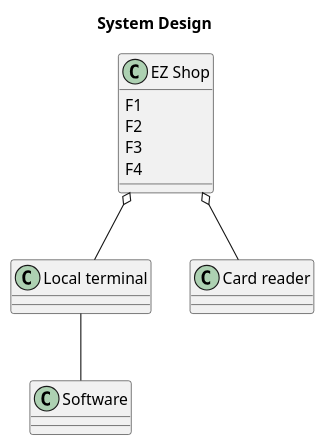
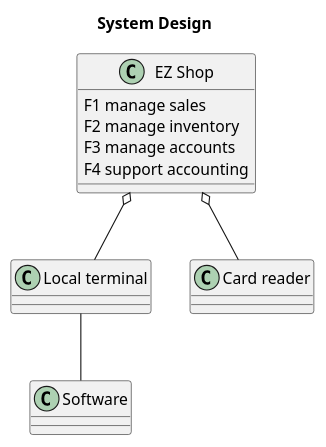
Before and after one commit to nicolabattaglino/ezshop: the third of 4 diagrams in Deliverables/RequirementsDocument.md, drawn with PlantUML. The commit also changed other lines of this file, not shown here.

Commit message:
Update RequirementsDocument.md added deplyment diagram, modified design diagram

````diff
--- a/Deliverables/RequirementsDocument.md
+++ b/Deliverables/RequirementsDocument.md
@@ -279,24 +279,24 @@
 ```plantuml
 @startuml
 
 title System Design
 class "EZ Shop" as EZShop{
-F1 
-F2
-F3
-F4
+F1 manage sales 
+F2 manage inventory
+F3 manage accounts
+F4 support accounting
 }
 
 class "Local terminal" as localTerminal{
 }
 
 class "Software" as software 
 class "Card reader" as printer
 EZShop o-- localTerminal
 EZShop o-- printer
 localTerminal -- software
 
 
 
 @enduml
 ```
````
